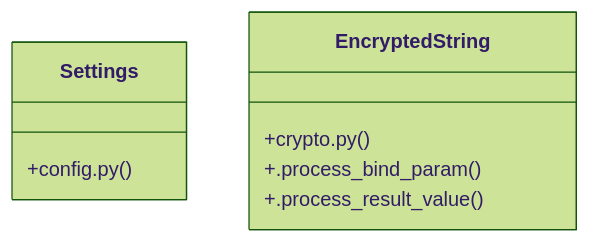
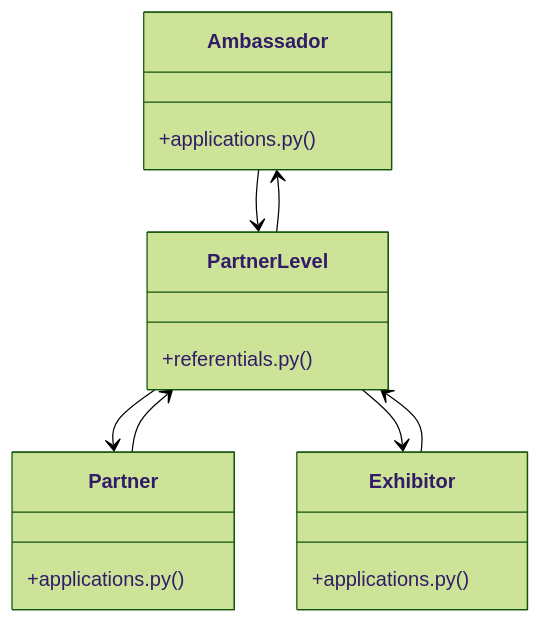
The diagram in graphify-out/wiki/[FaqCategory_&_ContactMessage]_Cluster.md (adjanayo/synca_conf_back), drawn with Mermaid (forest theme) before and after one commit. The commit also changed other lines of this file and 76 other files, not shown here.

Commit message:
chore: update graphify knowledge graph

````diff
--- a/graphify-out/wiki/[FaqCategory_&_ContactMessage]_Cluster.md
+++ b/graphify-out/wiki/[FaqCategory_&_ContactMessage]_Cluster.md
@@ -36,11 +36,21 @@
 ```mermaid
 classDiagram
-    class Settings {
-        +config.py()
+    class Ambassador {
+        +applications.py()
     }
-    class EncryptedString {
-        +crypto.py()
-        +.process_bind_param()
-        +.process_result_value()
+    class Exhibitor {
+        +applications.py()
     }
+    class Partner {
+        +applications.py()
+    }
+    class PartnerLevel {
+        +referentials.py()
+    }
+    Ambassador --> PartnerLevel
+    Exhibitor --> PartnerLevel
+    Partner --> PartnerLevel
+    PartnerLevel --> Ambassador
+    PartnerLevel --> Partner
+    PartnerLevel --> Exhibitor
 ```
````
